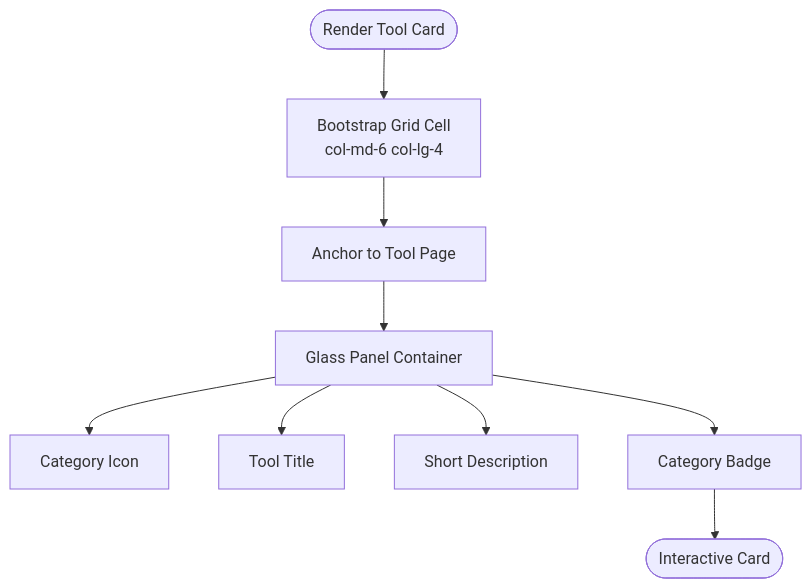
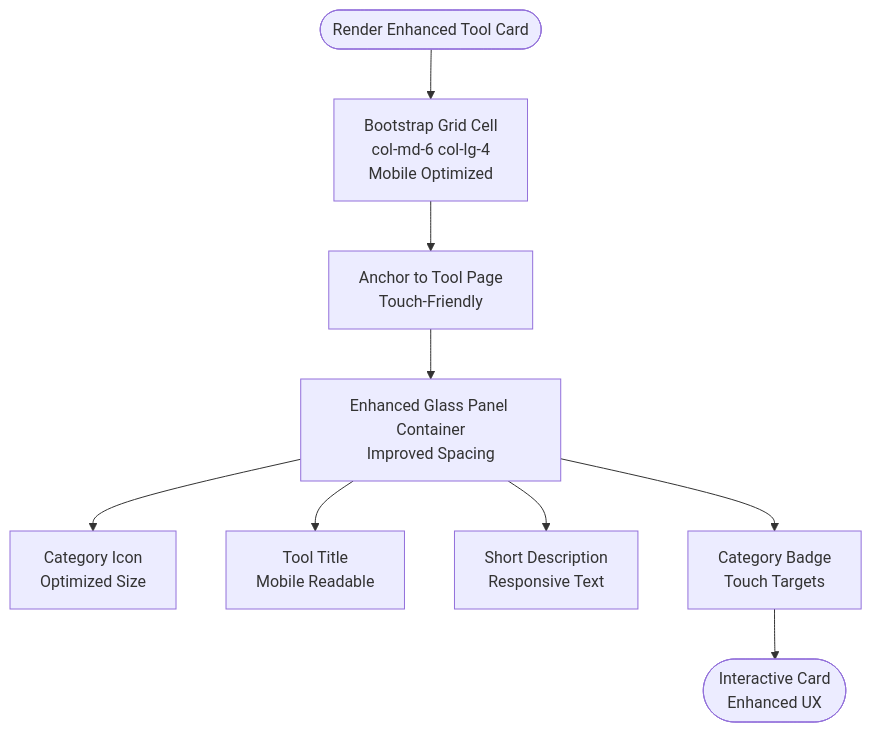
The fourth of 7 diagrams in .qoder/repowiki/en/content/Core Architecture/Modular Tool Design Patterns.md (escaleraalcielo/developer-utilities), drawn with Mermaid before and after one commit. The commit also changed other lines of this file and 3 other files, not shown here.

````diff
--- a/.qoder/repowiki/en/content/Core Architecture/Modular Tool Design Patterns.md
+++ b/.qoder/repowiki/en/content/Core Architecture/Modular Tool Design Patterns.md
@@ -213,11 +229,11 @@
 ```mermaid
 flowchart TD
-Start(["Render Tool Card"]) --> Grid["Bootstrap Grid Cell<br/>col-md-6 col-lg-4"]
-Grid --> Link["Anchor to Tool Page"]
-Link --> Glass["Glass Panel Container"]
-Glass --> Icon["Category Icon"]
-Glass --> Title["Tool Title"]
-Glass --> Description["Short Description"]
-Glass --> Badge["Category Badge"]
-Badge --> End(["Interactive Card"])
+Start(["Render Enhanced Tool Card"]) --> Grid["Bootstrap Grid Cell<br/>col-md-6 col-lg-4<br/>Mobile Optimized"]
+Grid --> Link["Anchor to Tool Page<br/>Touch-Friendly"]
+Link --> Glass["Enhanced Glass Panel Container<br/>Improved Spacing"]
+Glass --> Icon["Category Icon<br/>Optimized Size"]
+Glass --> Title["Tool Title<br/>Mobile Readable"]
+Glass --> Description["Short Description<br/>Responsive Text"]
+Glass --> Badge["Category Badge<br/>Touch Targets"]
+Badge --> End(["Interactive Card<br/>Enhanced UX"])
 ```
````
